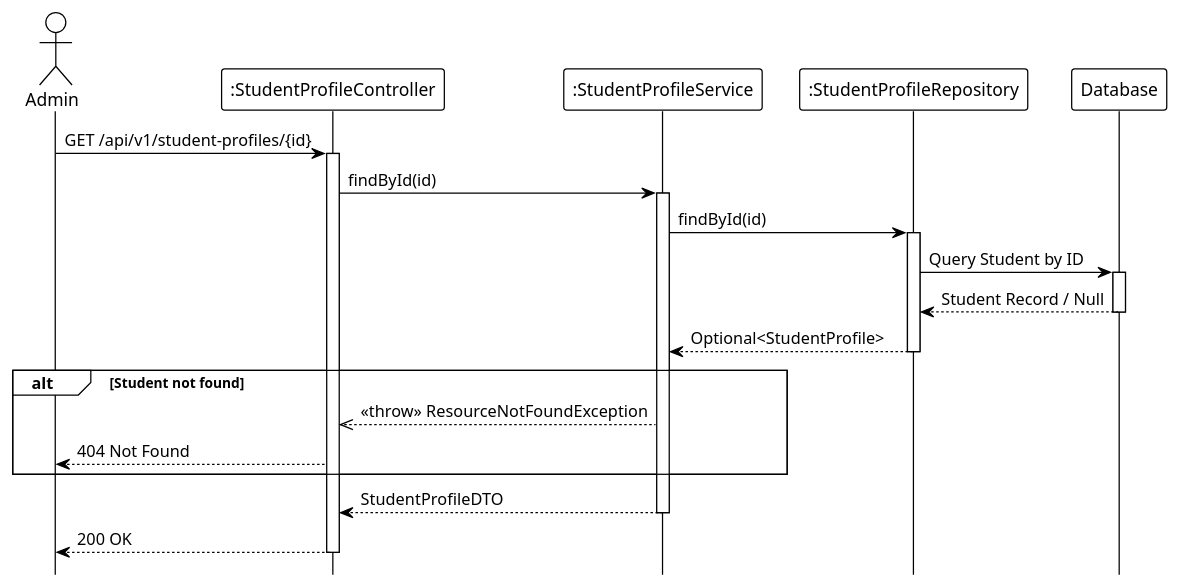
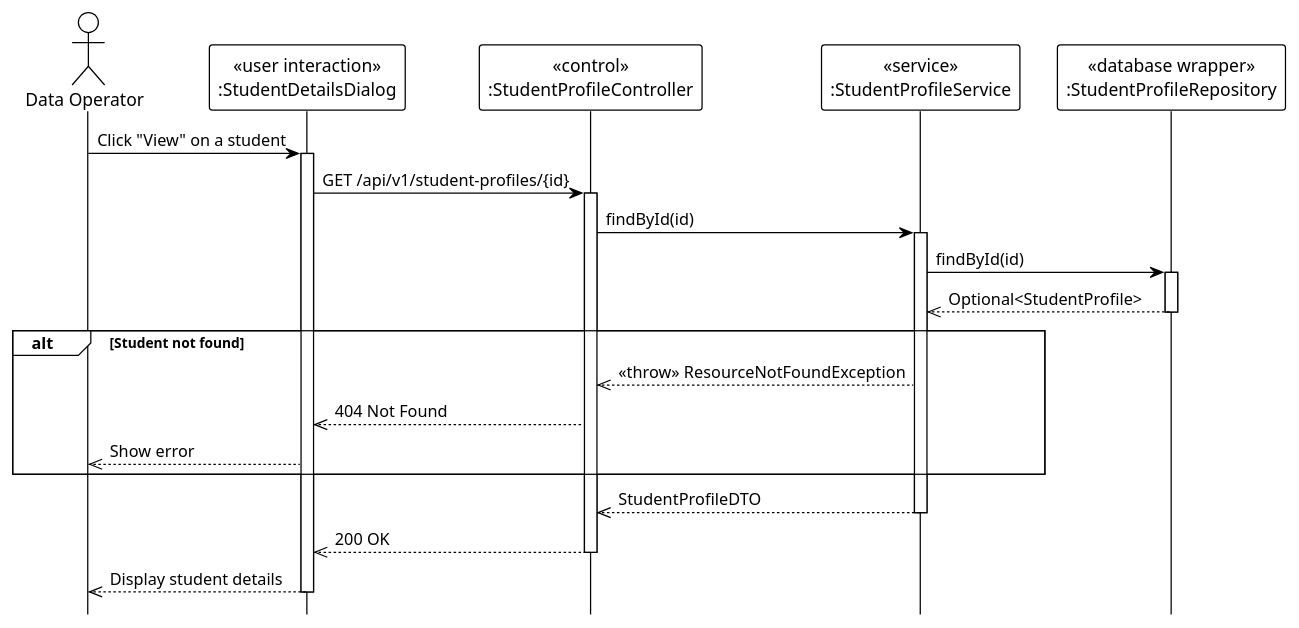
One commit to Ndh474/context changed the diagram in system_detailed_design/43_view_student_details/sequence_diagram_view_student_details.puml. Above: the diagram before and after it, drawn with PlantUML. The commit also changed 8 other files, not shown here.

Commit message:
docs: Add PlantUML sequence and class diagrams for various student management system detailed designs.

```diff
--- a/system_detailed_design/43_view_student_details/sequence_diagram_view_student_details.puml
+++ b/system_detailed_design/43_view_student_details/sequence_diagram_view_student_details.puml
@@ -1,41 +1,43 @@
 @startuml view_student_details
 !theme plain
 hide footbox
 
-actor Admin
-participant ":StudentProfileController" as Controller
-participant ":StudentProfileService" as Service
-participant ":StudentProfileRepository" as Repository
-participant "Database" as DB
+actor "Data Operator" as Admin
+
+participant "«user interaction»\n:StudentDetailsDialog" as UI
+participant "«control»\n:StudentProfileController" as Controller
+participant "«service»\n:StudentProfileService" as Service
+participant "«database wrapper»\n:StudentProfileRepository" as Repository
 
 ' --- MAIN FLOW ---
-Admin -> Controller: GET /api/v1/student-profiles/{id}
+Admin -> UI: Click "View" on a student
+activate UI
+
+UI -> Controller: GET /api/v1/student-profiles/{id}
 activate Controller
 
 Controller -> Service: findById(id)
 activate Service
 
 Service -> Repository: findById(id)
 activate Repository
-
-Repository -> DB: Query Student by ID
-activate DB
-DB --> Repository: Student Record / Null
-deactivate DB
-
-Repository --> Service: Optional<StudentProfile>
+Repository -->> Service: Optional<StudentProfile>
 deactivate Repository
 
 ' --- VALIDATION LOGIC ---
 alt Student not found
     Service -->> Controller: <<throw>> ResourceNotFoundException
-    Controller --> Admin: 404 Not Found
+    Controller -->> UI: 404 Not Found
+    UI -->> Admin: Show error
 end
 
-Service --> Controller: StudentProfileDTO
+Service -->> Controller: StudentProfileDTO
 deactivate Service
 
-Controller --> Admin: 200 OK
+Controller -->> UI: 200 OK
 deactivate Controller
 
+UI -->> Admin: Display student details
+deactivate UI
+
 @enduml
```
